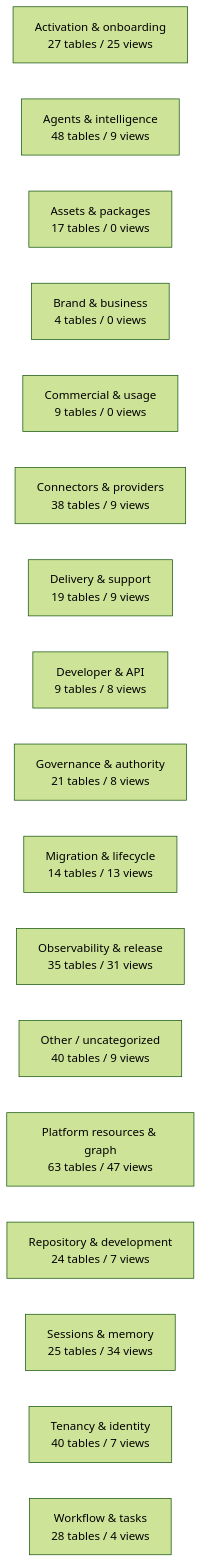
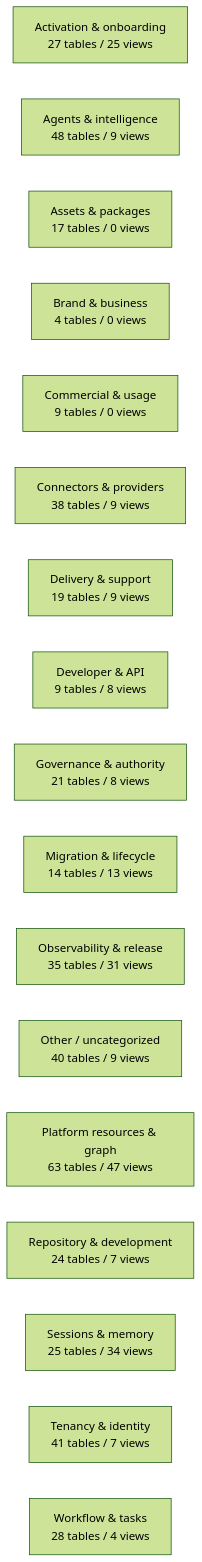
One commit to mad4bdigital-ai/multi-business-multi-role-growth-intelligence-os changed the diagram in docs/work-maps/data-model-domain-map.md. Above: the diagram before and after it, drawn with Mermaid (forest theme). The commit also changed other lines of this file and 4 other files, not shown here.

````diff
--- a/docs/work-maps/data-model-domain-map.md
+++ b/docs/work-maps/data-model-domain-map.md
@@ -9,20 +9,20 @@
 ```mermaid
 flowchart LR
   n_Activation___onboarding["Activation & onboarding<br/>27 tables / 25 views"]
   n_Agents___intelligence["Agents & intelligence<br/>48 tables / 9 views"]
   n_Assets___packages["Assets & packages<br/>17 tables / 0 views"]
   n_Brand___business["Brand & business<br/>4 tables / 0 views"]
   n_Commercial___usage["Commercial & usage<br/>9 tables / 0 views"]
   n_Connectors___providers["Connectors & providers<br/>38 tables / 9 views"]
   n_Delivery___support["Delivery & support<br/>19 tables / 9 views"]
   n_Developer___API["Developer & API<br/>9 tables / 8 views"]
   n_Governance___authority["Governance & authority<br/>21 tables / 8 views"]
   n_Migration___lifecycle["Migration & lifecycle<br/>14 tables / 13 views"]
   n_Observability___release["Observability & release<br/>35 tables / 31 views"]
   n_Other___uncategorized["Other / uncategorized<br/>40 tables / 9 views"]
   n_Platform_resources___graph["Platform resources & graph<br/>63 tables / 47 views"]
   n_Repository___development["Repository & development<br/>24 tables / 7 views"]
   n_Sessions___memory["Sessions & memory<br/>25 tables / 34 views"]
-  n_Tenancy___identity["Tenancy & identity<br/>40 tables / 7 views"]
+  n_Tenancy___identity["Tenancy & identity<br/>41 tables / 7 views"]
   n_Workflow___tasks["Workflow & tasks<br/>28 tables / 4 views"]
 ```
````
